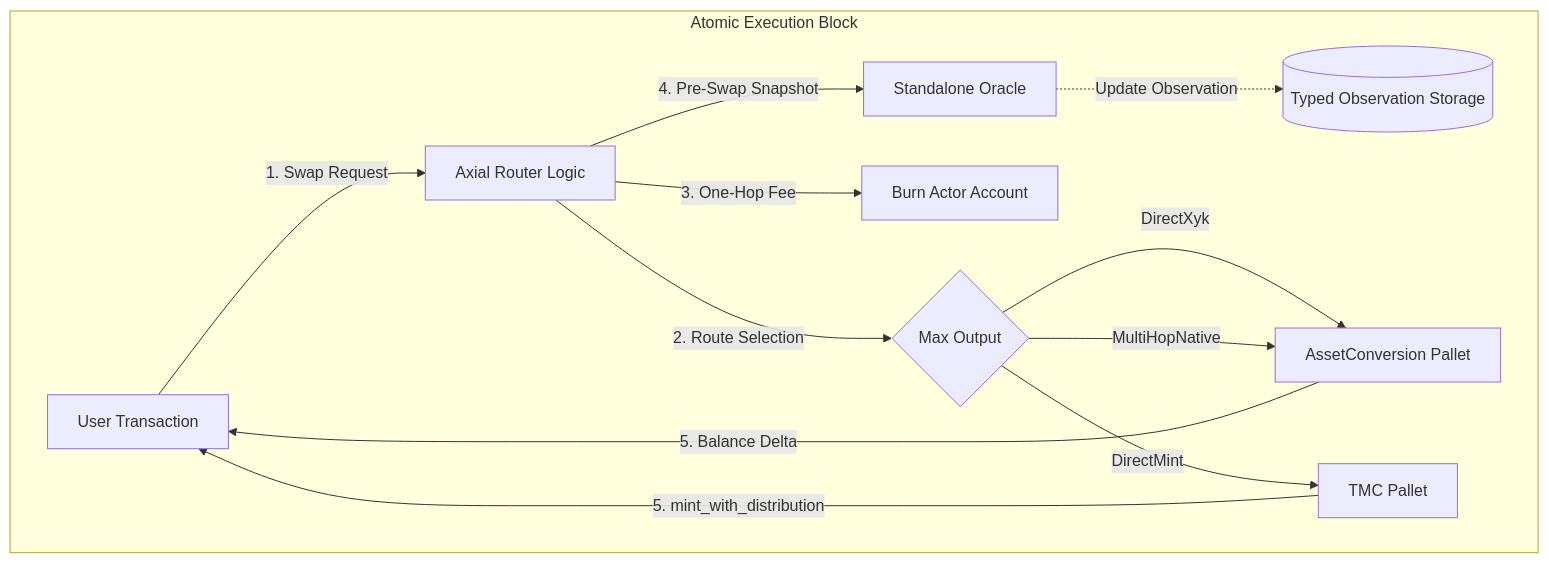
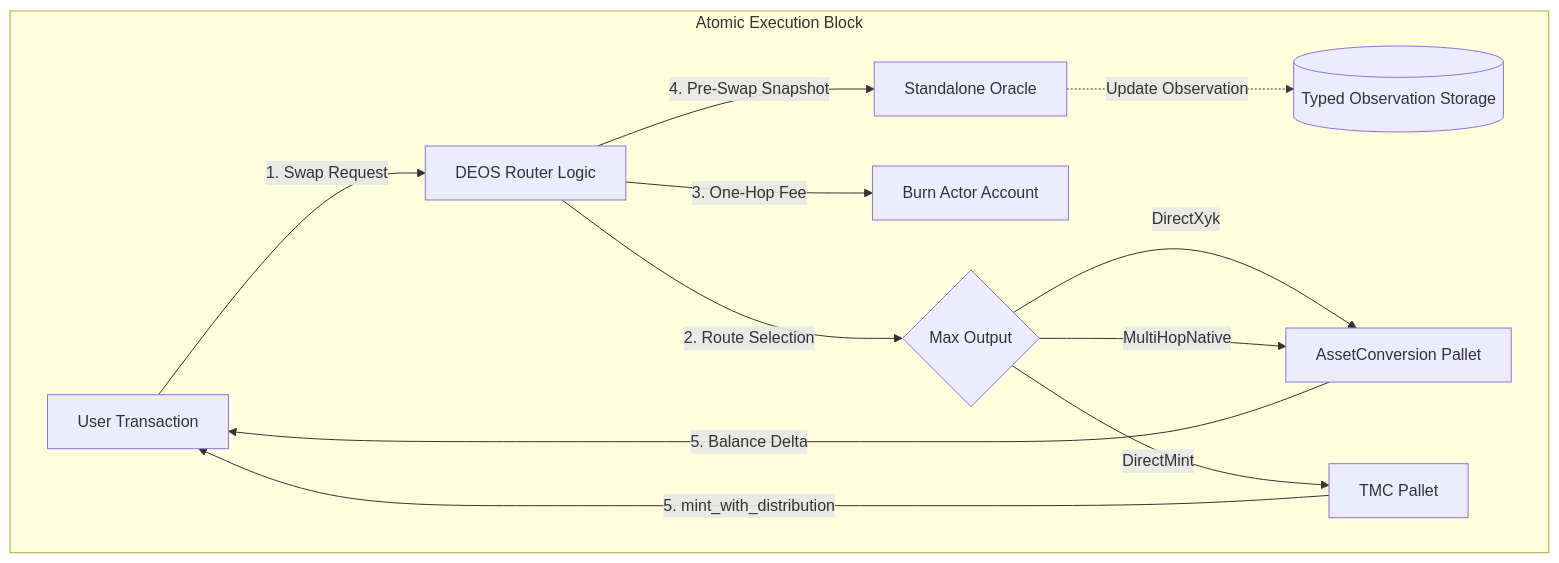
One commit to atmo-network/deos changed the diagram in template/pallets/router/docs/architecture.en.md. Above: the diagram before and after it, drawn with Mermaid. The commit also changed other lines of this file and 172 other files, not shown here.

````diff
--- a/template/pallets/router/docs/architecture.en.md
+++ b/template/pallets/router/docs/architecture.en.md
@@ -26,20 +26,20 @@
 ```mermaid
 graph TD
-    User[User Transaction] -->|1. Swap Request| Router[Axial Router Logic]
+    User[User Transaction] -->|1. Swap Request| Router[DEOS Router Logic]
 
     subgraph "Atomic Execution Block"
 
     Router -->|2. Route Selection| Decision{Max Output}
     Router -->|3. One-Hop Fee| BurnActor[Burn Actor Account]
     Router -->|4. Pre-Swap Snapshot| Oracle[Standalone Oracle]
     Oracle -.->|Update Observation| OracleStorage[(Typed Observation Storage)]
 
     Decision -->|DirectXyk| XYK[AssetConversion Pallet]
     Decision -->|DirectMint| TMC[TMC Pallet]
     Decision -->|MultiHopNative| XYK
 
     XYK -->|5. Balance Delta| User
     TMC -->|5. mint_with_distribution| User
 
     end
 ```
````
